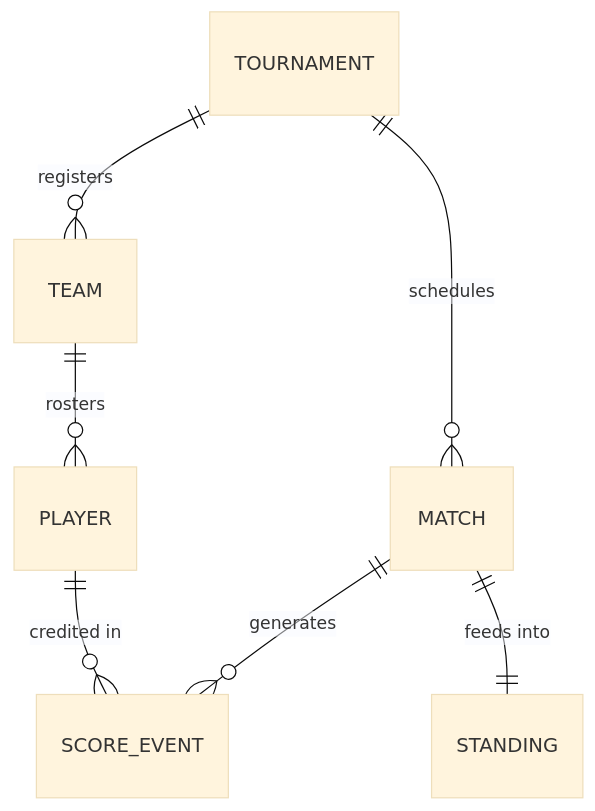
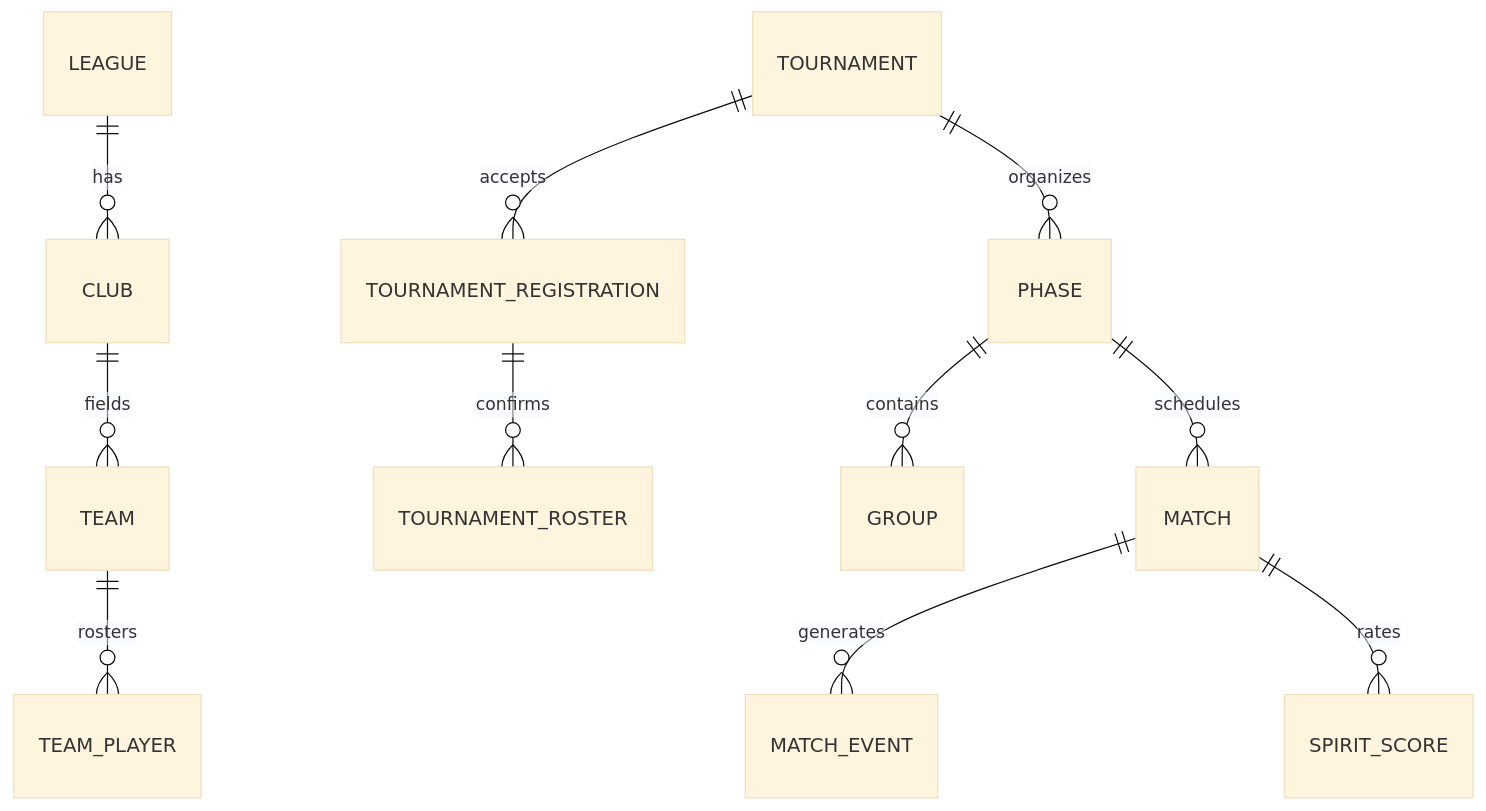
The second of 3 diagrams in content/en/pages/engineering.mdx (JJ-Dev18/portafolio2026), drawn with Mermaid (base theme) before and after one commit. The commit also changed other lines of this file and 15 other files, not shown here.

````diff
--- a/content/en/pages/engineering.mdx
+++ b/content/en/pages/engineering.mdx
@@ -42,9 +42,13 @@
 ```mermaid
 erDiagram
-  TOURNAMENT ||--o{ TEAM : registers
-  TOURNAMENT ||--o{ MATCH : schedules
-  TEAM ||--o{ PLAYER : rosters
-  MATCH ||--o{ SCORE_EVENT : generates
-  PLAYER ||--o{ SCORE_EVENT : "credited in"
-  MATCH ||--|| STANDING : "feeds into"
+  LEAGUE ||--o{ CLUB : has
+  CLUB ||--o{ TEAM : fields
+  TEAM ||--o{ TEAM_PLAYER : rosters
+  TOURNAMENT ||--o{ TOURNAMENT_REGISTRATION : accepts
+  TOURNAMENT_REGISTRATION ||--o{ TOURNAMENT_ROSTER : confirms
+  TOURNAMENT ||--o{ PHASE : organizes
+  PHASE ||--o{ GROUP : contains
+  PHASE ||--o{ MATCH : schedules
+  MATCH ||--o{ MATCH_EVENT : generates
+  MATCH ||--o{ SPIRIT_SCORE : rates
 ```
````
